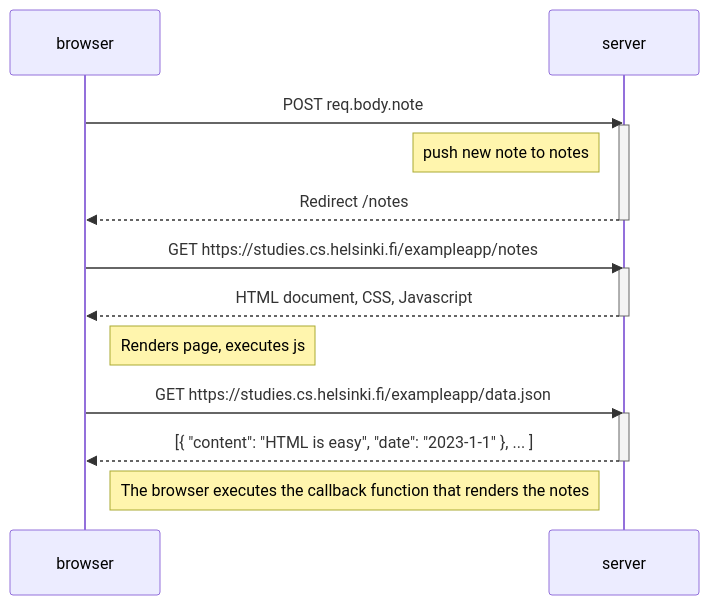
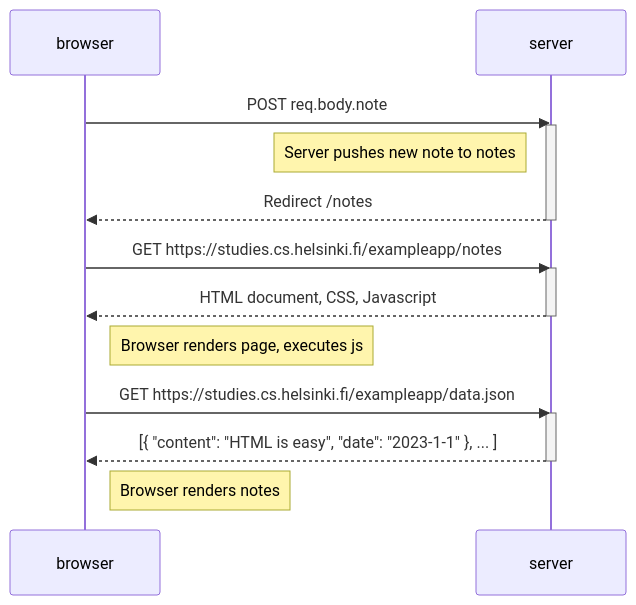
One commit to paolo-arroyo/fullstackopen changed the diagram in part0/0-1 New Note Diagram.md. Above: the diagram before and after it, drawn with Mermaid. The commit also changed 1 other file, not shown here.

Commit message:
final 0.1

````diff
--- a/part0/0-1 New Note Diagram.md
+++ b/part0/0-1 New Note Diagram.md
@@ -1,26 +1,26 @@
 ```mermaid
 sequenceDiagram
     participant browser
     participant server
 
     browser->>server: POST req.body.note
     activate server
-    note left of server: push new note to notes
+    note left of server: Server pushes new note to notes
     server-->>browser: Redirect /notes
     deactivate server
 
     browser->>server: GET https://studies.cs.helsinki.fi/exampleapp/notes
     activate server
     server-->>browser: HTML document, CSS, Javascript
     deactivate server
 
-    Note right of browser: Renders page, executes js
+    Note right of browser: Browser renders page, executes js
 
 
     browser->>server: GET https://studies.cs.helsinki.fi/exampleapp/data.json
     activate server
     server-->>browser: [{ "content": "HTML is easy", "date": "2023-1-1" }, ... ]
     deactivate server
 
-    Note right of browser: The browser executes the callback function that renders the notes
+    Note right of browser: Browser renders notes
 ```
````
